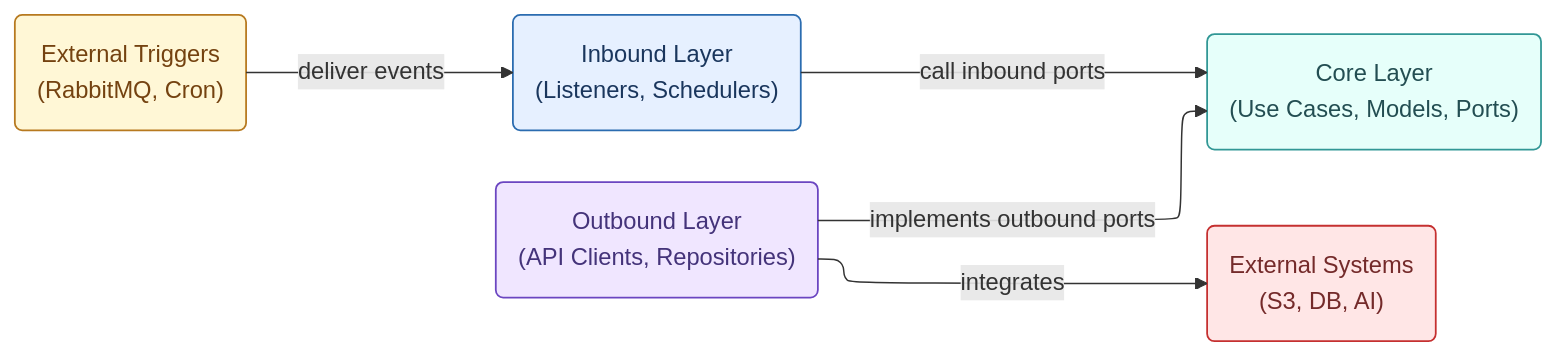
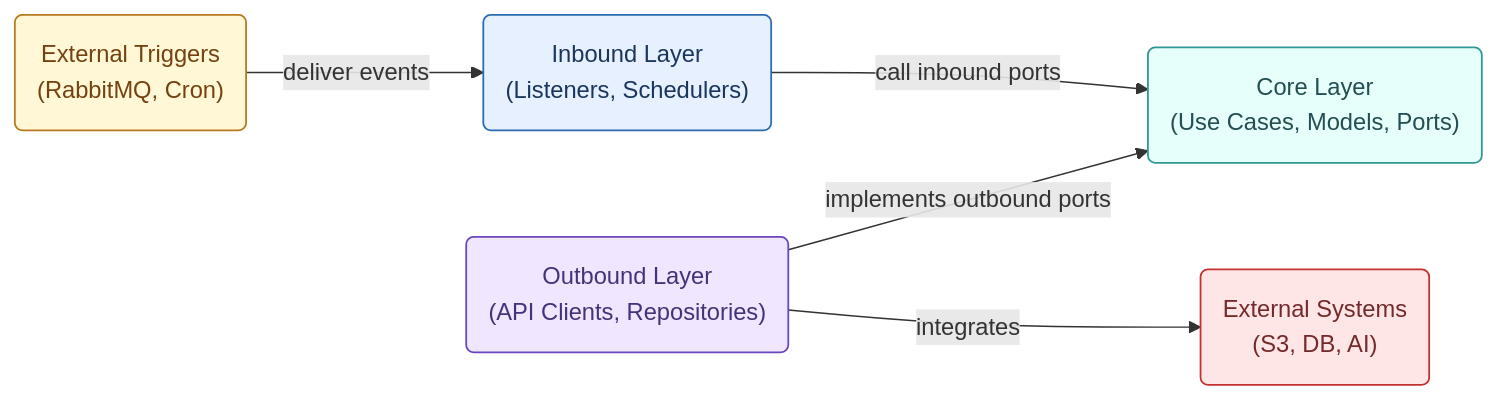
One commit to phatnguyen975/unihub-workshop changed the fourth of 5 diagrams in docs/project-structure.md. Above: the diagram before and after it, drawn with Mermaid. The commit also changed other lines of this file and 41 other files, not shown here.

````diff
--- a/docs/project-structure.md
+++ b/docs/project-structure.md
@@ -402,27 +380,19 @@
 ```mermaid
----
-config:
-  layout: elk
----
 flowchart LR
-  Triggers["External Triggers\n(RabbitMQ, Cron)"] -- deliver events --> Inbound["Inbound Layer\n(Listeners, Schedulers)"]
-  Inbound -- call inbound ports --> Core["Core Layer\n(Use Cases, Models, Ports)"]
-  Outbound["Outbound Layer\n(API Clients, Repositories)"] -- implements outbound ports --> Core
-  Outbound -- integrates --> External["External Systems\n(S3, DB, AI)"]
+  Triggers("External Triggers<br/>(RabbitMQ, Cron)") -- deliver events --> Inbound("Inbound Layer<br/>(Listeners, Schedulers)")
+  Inbound -- call inbound ports --> Core("Core Layer<br/>(Use Cases, Models, Ports)")
+  Outbound("Outbound Layer<br/>(API Clients, Repositories)") -- implements outbound ports --> Core
+  Outbound -- integrates --> External("External Systems<br/>(S3, DB, AI)")
 
-  Triggers@{ shape: rounded}
-  Inbound@{ shape: rounded}
-  Core@{ shape: rounded}
-  Outbound@{ shape: rounded}
-  External@{ shape: rounded}
-    Triggers:::triggers
-    Inbound:::inbound
-    Core:::core
-    Outbound:::outbound
-    External:::external
+  class Triggers triggers
+  class Inbound inbound
+  class Core core
+  class Outbound outbound
+  class External external
+
   classDef triggers fill:#fff7d6,stroke:#b7791f,stroke-width:1.2px,color:#744210
   classDef inbound fill:#e6f0ff,stroke:#2b6cb0,stroke-width:1.2px,color:#1a365d
   classDef core fill:#e6fffa,stroke:#319795,stroke-width:1.2px,color:#234e52
   classDef outbound fill:#f0e6ff,stroke:#6b46c1,stroke-width:1.2px,color:#44337a
   classDef external fill:#ffe6e6,stroke:#c53030,stroke-width:1.2px,color:#742a2a
 ```
````
